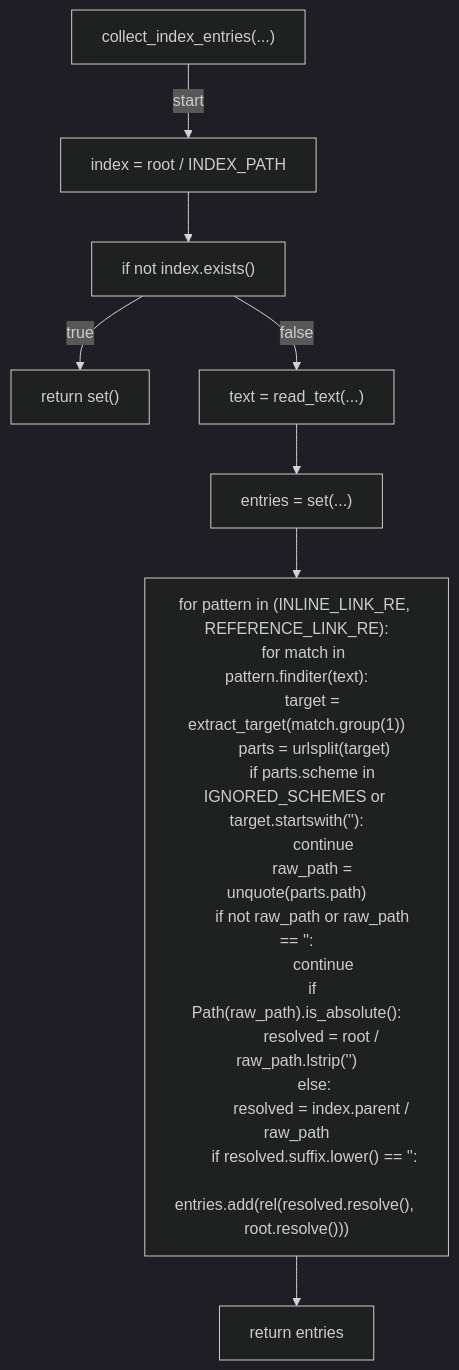
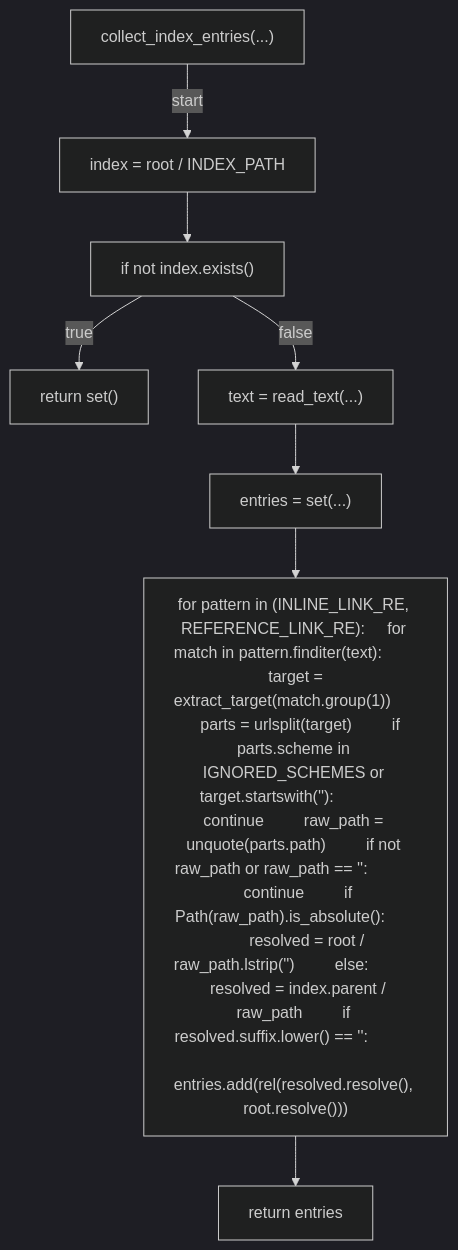
One commit to tvna/claude-md changed the fourth of 6 diagrams in docs/generated/scripts/ast/scan_docs_inventory.md. Above: the diagram before and after it, drawn with Mermaid (dark theme). The commit also changed other lines of this file and 29 other files, not shown here.

First line of the commit message:
docs(generated): regenerate decision tree and workflow diagrams (batch 3/5)

````diff
--- a/docs/generated/scripts/ast/scan_docs_inventory.md
+++ b/docs/generated/scripts/ast/scan_docs_inventory.md
@@ -56,32 +56,18 @@
 ```mermaid
 flowchart TD
     N001["collect_index_entries(...)"]
     N002["index = root / INDEX_PATH"]
     N003["if not index.exists()"]
     N004["return set()"]
     N005["text = read_text(...)"]
     N006["entries = set(...)"]
-    N007["for pattern in (INLINE_LINK_RE, REFERENCE_LINK_RE):
-    for match in pattern.finditer(text):
-        target = extract_target(match.group(1))
-        parts = urlsplit(target)
-        if parts.scheme in IGNORED_SCHEMES or target.startswith('<str>'):
-            continue
-        raw_path = unquote(parts.path)
-        if not raw_path or raw_path == '<str>':
-            continue
-        if Path(raw_path).is_absolute():
-            resolved = root / raw_path.lstrip('<str>')
-        else:
-            resolved = index.parent / raw_path
-        if resolved.suffix.lower() == '<str>':
-            entries.add(rel(resolved.resolve(), root.resolve()))"]
+    N007["for pattern in (INLINE_LINK_RE, REFERENCE_LINK_RE):     for match in pattern.finditer(text):         target = extract_target(match.group(1))         parts = urlsplit(target)         if parts.scheme in IGNORED_SCHEMES or target.startswith('<str>'):             continue         raw_path = unquote(parts.path)         if not raw_path or raw_path == '<str>':             continue         if Path(raw_path).is_absolute():             resolved = root / raw_path.lstrip('<str>')         else:             resolved = index.parent / raw_path         if resolved.suffix.lower() == '<str>':             entries.add(rel(resolved.resolve(), root.resolve()))"]
     N008["return entries"]
     N001 -->|"start"| N002
     N002 --> N003
     N003 -->|"true"| N004
     N003 -->|"false"| N005
     N005 --> N006
     N006 --> N007
     N007 --> N008
 ```
````
